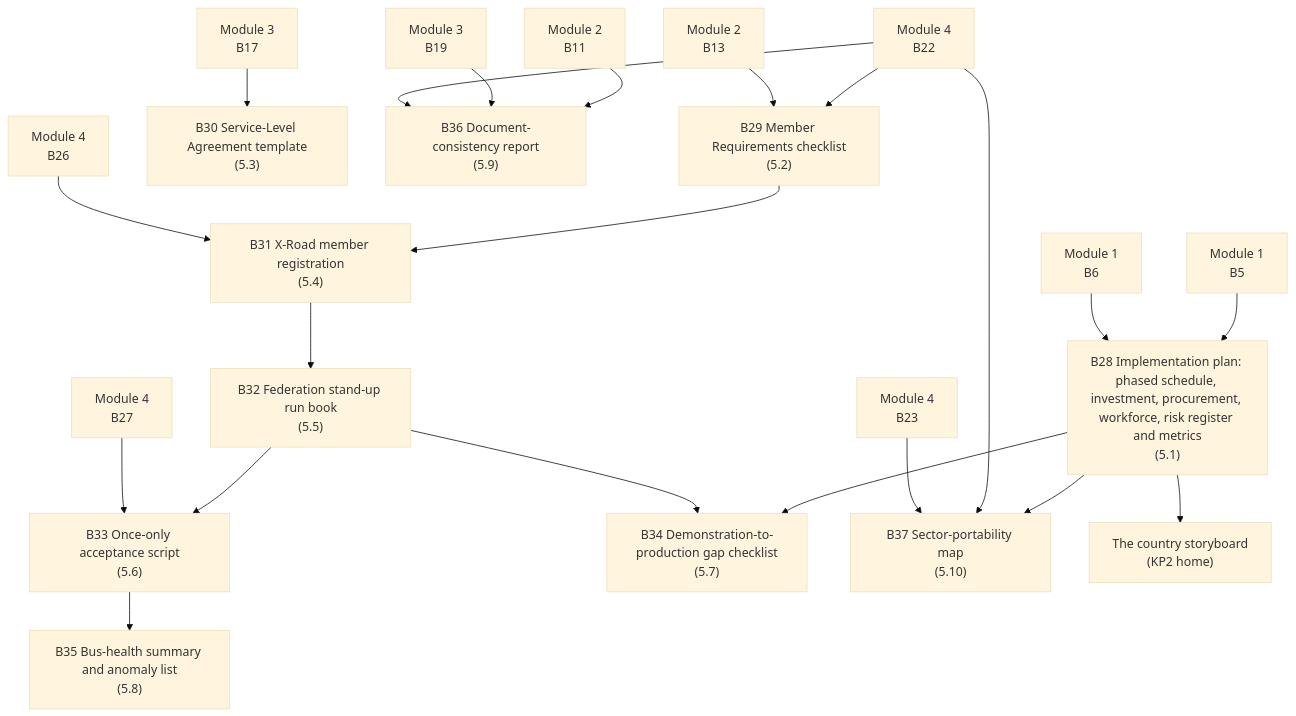
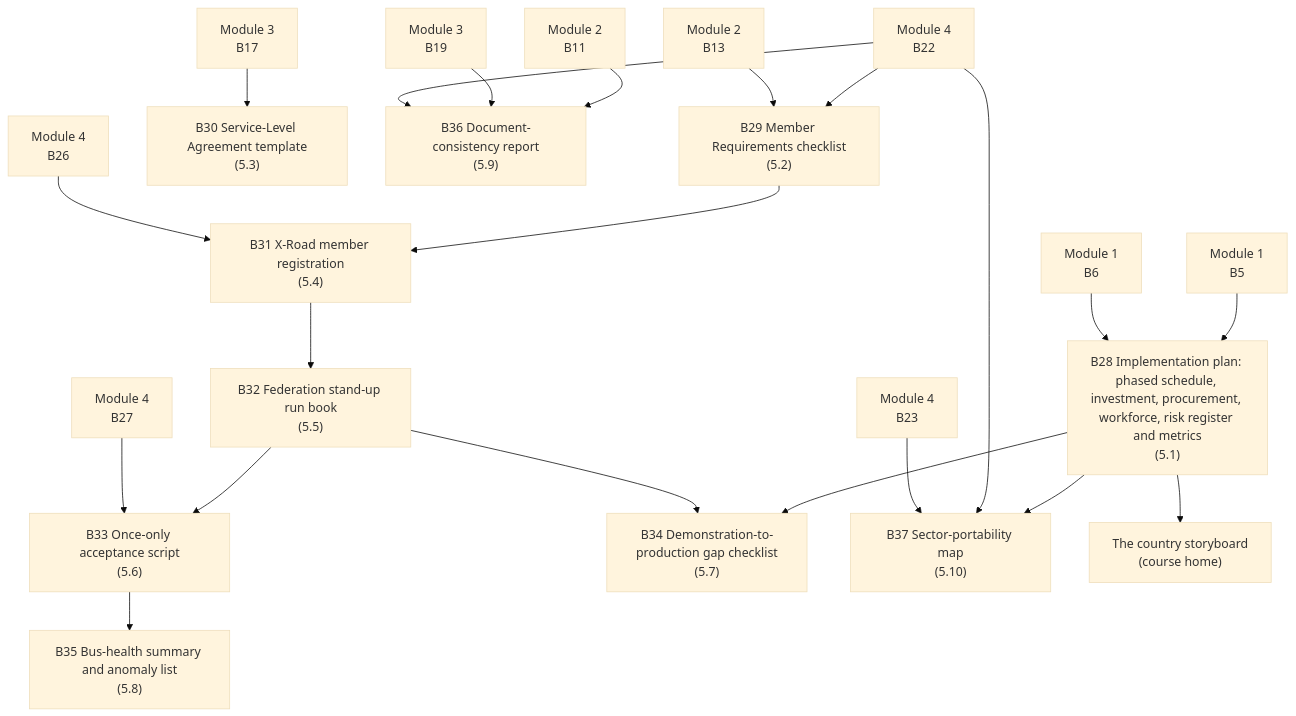
The diagram in 10-Knowledge-Products/gitbook/kp2/module-5/README.md (aarelaponin/geatdm-framework), drawn with Mermaid (base theme) before and after one commit. The commit also changed other lines of this file and 67 other files, not shown here.

````diff
--- a/10-Knowledge-Products/gitbook/kp2/module-5/README.md
+++ b/10-Knowledge-Products/gitbook/kp2/module-5/README.md
@@ -43,44 +43,44 @@
 ```mermaid
 flowchart TD
     B28["B28 Implementation plan: phased schedule, investment, procurement, workforce, risk register and metrics\n(5.1)"]
     B29["B29 Member Requirements checklist\n(5.2)"]
     B30["B30 Service-Level Agreement template\n(5.3)"]
     B31["B31 X-Road member registration\n(5.4)"]
     B32["B32 Federation stand-up run book\n(5.5)"]
     B33["B33 Once-only acceptance script\n(5.6)"]
     B34["B34 Demonstration-to-production gap checklist\n(5.7)"]
     B35["B35 Bus-health summary and anomaly list\n(5.8)"]
     B36["B36 Document-consistency report\n(5.9)"]
     B37["B37 Sector-portability map\n(5.10)"]
     M1_B5["Module 1\nB5"]
     M1_B6["Module 1\nB6"]
-    HOME["The country storyboard\n(KP2 home)"]
+    HOME["The country storyboard\n(course home)"]
     M4_B22["Module 4\nB22"]
     M2_B13["Module 2\nB13"]
     M3_B17["Module 3\nB17"]
     M4_B26["Module 4\nB26"]
     M4_B27["Module 4\nB27"]
     M2_B11["Module 2\nB11"]
     M3_B19["Module 3\nB19"]
     M4_B23["Module 4\nB23"]
     M1_B5 --> B28
     M1_B6 --> B28
     B28 --> B34
     B28 --> B37
     B28 --> HOME
     M4_B22 --> B29
     M2_B13 --> B29
     B29 --> B31
     M3_B17 --> B30
     M4_B26 --> B31
     B31 --> B32
     B32 --> B33
     B32 --> B34
     M4_B27 --> B33
     B33 --> B35
     M2_B11 --> B36
     M3_B19 --> B36
     M4_B22 --> B36
     M4_B22 --> B37
     M4_B23 --> B37
 ```
````
